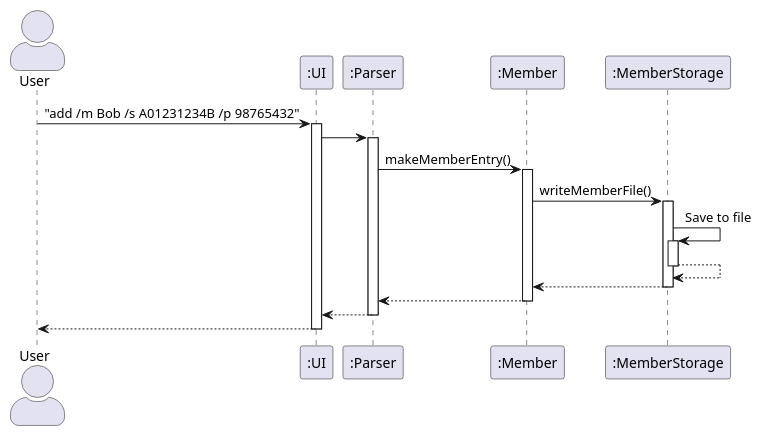
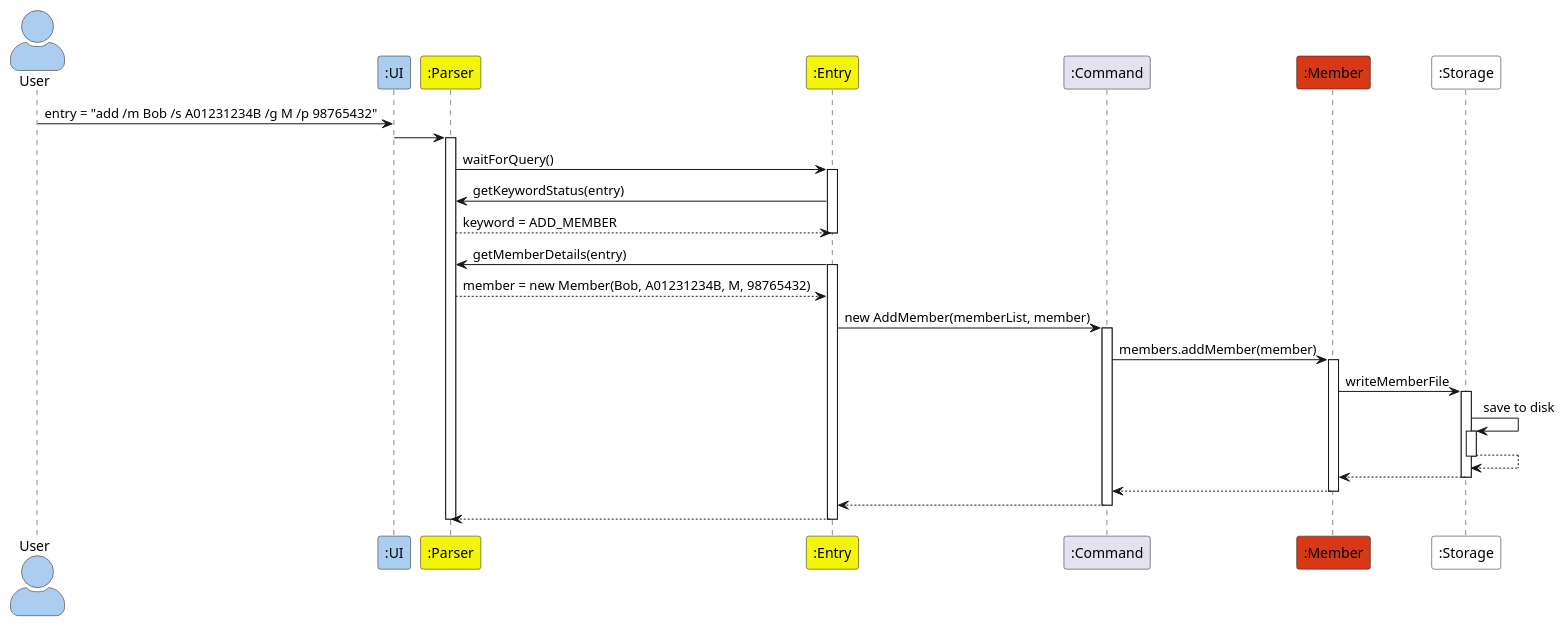
One commit to nus-cs2113-AY2122S1/tp changed the diagram in docs/pumls/ArchitectureSequence.puml. Above: the diagram before and after it, drawn with PlantUML. The commit also changed 10 other files, not shown here.

```diff
--- a/docs/pumls/ArchitectureSequence.puml
+++ b/docs/pumls/ArchitectureSequence.puml
@@ -1,38 +1,57 @@
 @startuml
 'https://plantuml.com/sequence-diagram
 skinparam actorStyle awesome
-Actor User as user
-Participant ":UI" as ui
-Participant ":Parser" as parser
-Participant ":Member" as member
-Participant ":MemberStorage" as storage
+Actor User as user #abcdef
+Participant ":UI" as ui #abcdef
+Participant ":Parser" as parser #f3f609
+Participant ":Entry" as entry #f3f609
+Participant ":Command" as command
+Participant ":Member" as member #d83815
+Participant ":Storage" as storage #ffffff
 
-user -> ui : "add /m Bob /s A01231234B /p 98765432"
-activate ui
+user -> ui : entry = "add /m Bob /s A01231234B /g M /p 98765432"
 
 ui -> parser
 activate parser
 
-parser -> member : makeMemberEntry()
+parser -> entry : waitForQuery()
+activate entry
+
+entry -> parser : getKeywordStatus(entry)
+
+parser --> entry : keyword = ADD_MEMBER
+deactivate entry
+
+entry -> parser : getMemberDetails(entry)
+activate entry
+parser --> entry : member = new Member(Bob, A01231234B, M, 98765432)
+
+entry -> command : new AddMember(memberList, member)
+activate command
+
+command -> member : members.addMember(member)
 activate member
 
-member -> storage : writeMemberFile()
+member -> storage : writeMemberFile
 activate storage
 
-storage -> storage : Save to file
+storage -> storage : save to disk
 activate storage
+
 storage --> storage
 deactivate storage
 
 storage --> member
 deactivate storage
 
-member --> parser
+member --> command
 deactivate member
 
-parser --> ui
+command --> entry
+deactivate command
+
+entry --> parser
+deactivate entry
+
 deactivate parser
-
-ui --> user
-deactivate ui
 @enduml
```
